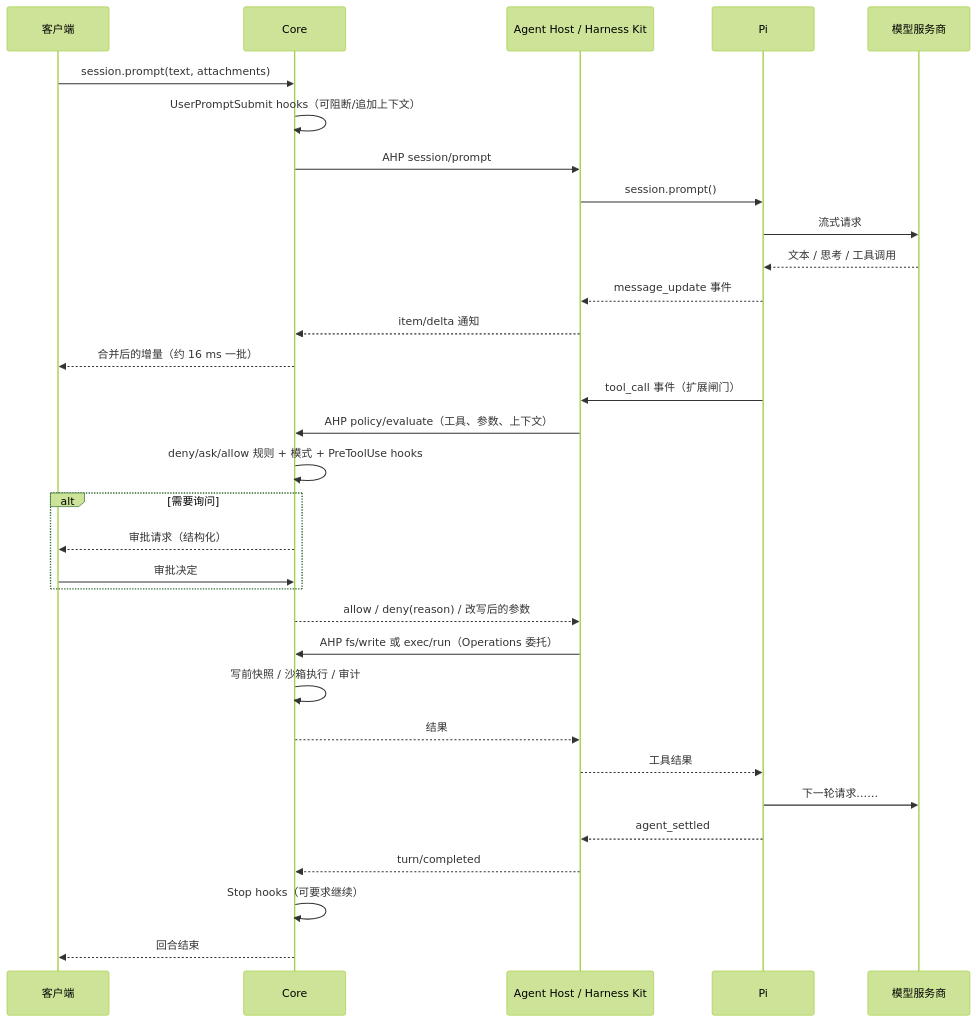
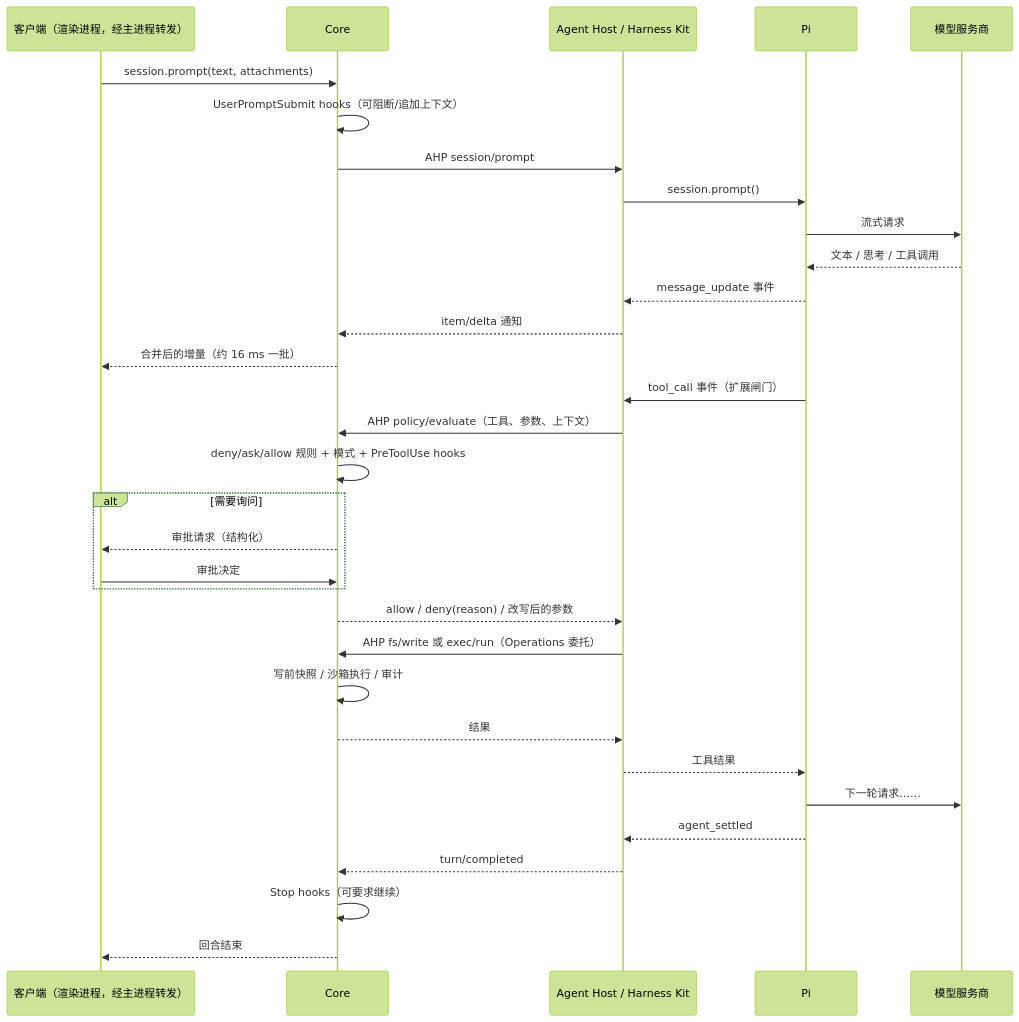
The second of 2 diagrams in docs/architecture/ARCHITECTURE.md (Refinex-Space/PiArc), drawn with Mermaid (forest theme) before and after one commit. The commit also changed other lines of this file and 21 other files, not shown here.

````diff
--- a/docs/architecture/ARCHITECTURE.md
+++ b/docs/architecture/ARCHITECTURE.md
@@ -140,34 +146,34 @@
 ```mermaid
 sequenceDiagram
-    participant U as 客户端
+    participant U as 客户端（渲染进程，经主进程转发）
     participant C as Core
     participant H as Agent Host / Harness Kit
     participant P as Pi
     participant M as 模型服务商
     U->>C: session.prompt(text, attachments)
     C->>C: UserPromptSubmit hooks（可阻断/追加上下文）
     C->>H: AHP session/prompt
     H->>P: session.prompt()
     P->>M: 流式请求
     M-->>P: 文本 / 思考 / 工具调用
     P-->>H: message_update 事件
     H-->>C: item/delta 通知
     C-->>U: 合并后的增量（约 16 ms 一批）
     P->>H: tool_call 事件（扩展闸门）
     H->>C: AHP policy/evaluate（工具、参数、上下文）
     C->>C: deny/ask/allow 规则 + 模式 + PreToolUse hooks
     alt 需要询问
         C-->>U: 审批请求（结构化）
         U->>C: 审批决定
     end
     C-->>H: allow / deny(reason) / 改写后的参数
     H->>C: AHP fs/write 或 exec/run（Operations 委托）
     C->>C: 写前快照 / 沙箱执行 / 审计
     C-->>H: 结果
     H-->>P: 工具结果
     P->>M: 下一轮请求……
     P-->>H: agent_settled
     H-->>C: turn/completed
     C->>C: Stop hooks（可要求继续）
     C-->>U: 回合结束
 ```
````
